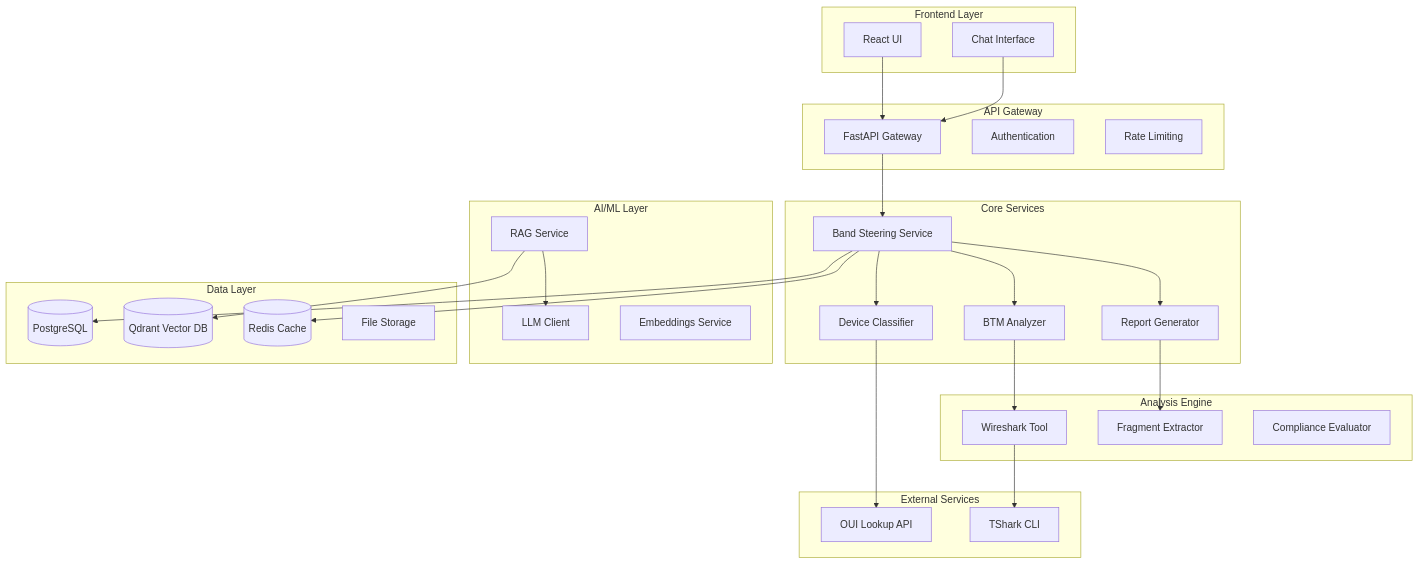
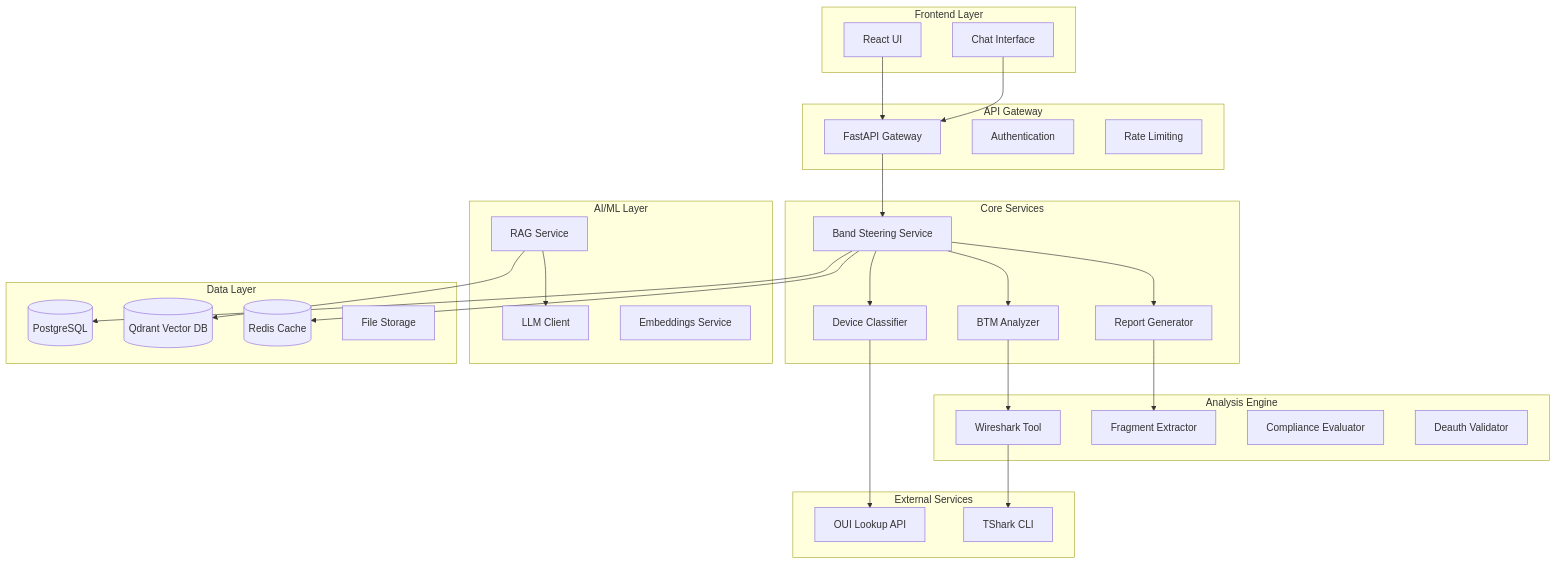
Before and after one commit to miguelczz/Pipe: the first of 3 diagrams in docs/aidlc/02_architecture_design.md, drawn with Mermaid. The commit also changed 50 other files, not shown here.

````diff
--- a/docs/aidlc/02_architecture_design.md
+++ b/docs/aidlc/02_architecture_design.md
@@ -21,59 +21,60 @@
 ```mermaid
 graph TB
     subgraph "Frontend Layer"
         UI[React UI]
         Chat[Chat Interface]
     end
     
     subgraph "API Gateway"
         Gateway[FastAPI Gateway]
         Auth[Authentication]
         RateLimit[Rate Limiting]
     end
     
     subgraph "Core Services"
         BandSteering[Band Steering Service]
         BTMAnalyzer[BTM Analyzer]
         DeviceClassifier[Device Classifier]
         ReportGenerator[Report Generator]
     end
     
     subgraph "Analysis Engine"
         WiresharkTool[Wireshark Tool]
         FragmentExtractor[Fragment Extractor]
         ComplianceEvaluator[Compliance Evaluator]
+        DeauthValidator[Deauth Validator]
     end
     
     subgraph "AI/ML Layer"
         RAGService[RAG Service]
         LLMClient[LLM Client]
         EmbeddingsService[Embeddings Service]
     end
     
     subgraph "Data Layer"
         PostgreSQL[(PostgreSQL)]
         Qdrant[(Qdrant Vector DB)]
         Redis[(Redis Cache)]
         FileStorage[File Storage]
     end
     
     subgraph "External Services"
         OUILookup[OUI Lookup API]
         TShark[TShark CLI]
     end
     
     UI --> Gateway
     Chat --> Gateway
     Gateway --> BandSteering
     BandSteering --> BTMAnalyzer
     BandSteering --> DeviceClassifier
     BandSteering --> ReportGenerator
     BTMAnalyzer --> WiresharkTool
     DeviceClassifier --> OUILookup
     ReportGenerator --> FragmentExtractor
     RAGService --> Qdrant
     RAGService --> LLMClient
     BandSteering --> PostgreSQL
     BandSteering --> Redis
     WiresharkTool --> TShark
 ```
````
